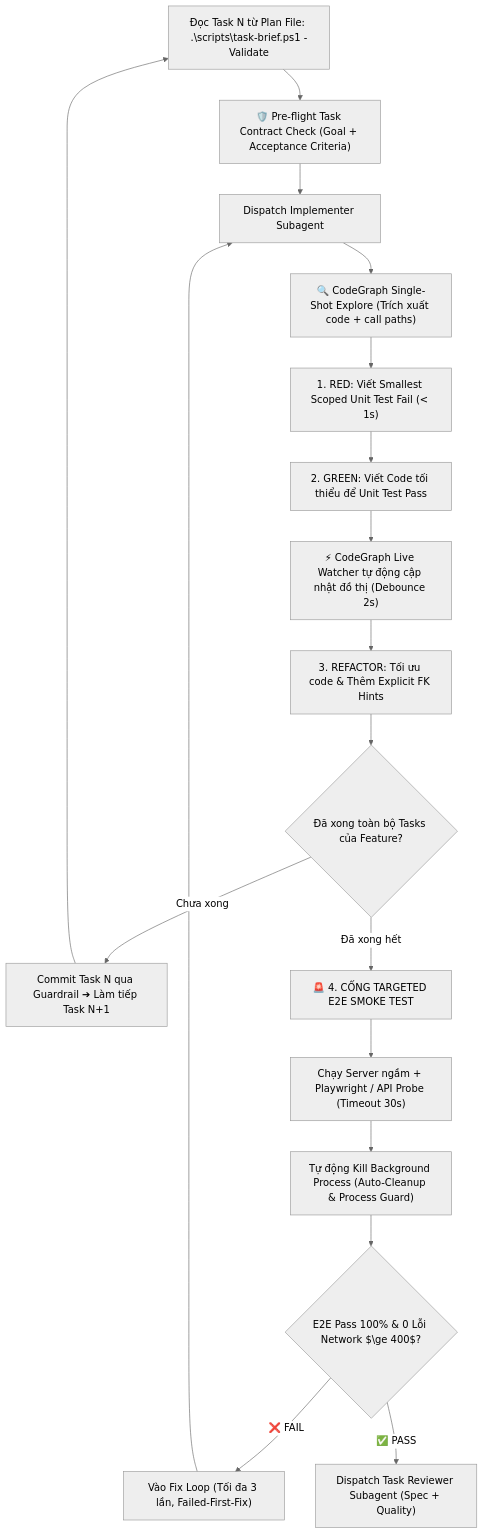
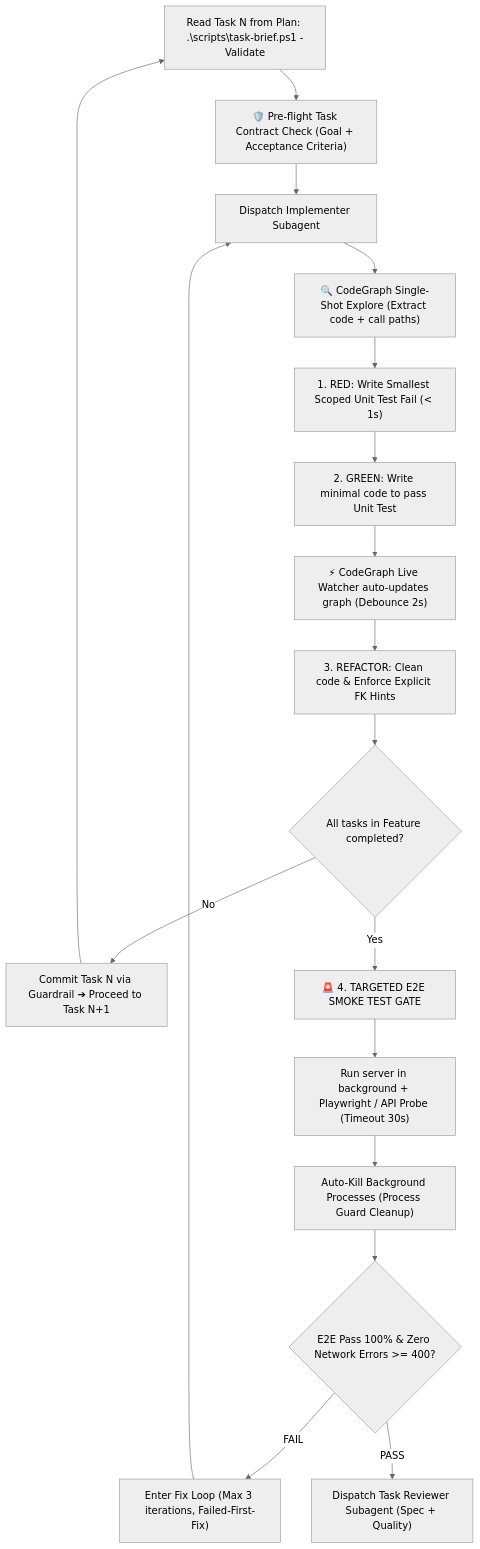
One commit to tranngoc-dev/Anti-Workflow-Ultimate changed the diagram in global_workflows/code.md. Above: the diagram before and after it, drawn with Mermaid (neutral theme). The commit also changed other lines of this file and 29 other files, not shown here.

````diff
--- a/global_workflows/code.md
+++ b/global_workflows/code.md
@@ -44,20 +39,20 @@
 ```mermaid
 flowchart TD
-    A["Đọc Task N từ Plan File: .\scripts\task-brief.ps1 -Validate"] --> B["🛡️ Pre-flight Task Contract Check (Goal + Acceptance Criteria)"]
+    A["Read Task N from Plan: .\scripts\task-brief.ps1 -Validate"] --> B["🛡️ Pre-flight Task Contract Check (Goal + Acceptance Criteria)"]
     B --> C["Dispatch Implementer Subagent"]
-    C --> C1["🔍 CodeGraph Single-Shot Explore (Trích xuất code + call paths)"]
-    C1 --> D["1. RED: Viết Smallest Scoped Unit Test Fail (< 1s)"]
-    D --> E["2. GREEN: Viết Code tối thiểu để Unit Test Pass"]
-    E --> E1["⚡ CodeGraph Live Watcher tự động cập nhật đồ thị (Debounce 2s)"]
-    E1 --> F["3. REFACTOR: Tối ưu code & Thêm Explicit FK Hints"]
-    F --> G{"Đã xong toàn bộ Tasks của Feature?"}
-    G -->|Chưa xong| H["Commit Task N qua Guardrail ➔ Làm tiếp Task N+1"]
+    C --> C1["🔍 CodeGraph Single-Shot Explore (Extract code + call paths)"]
+    C1 --> D["1. RED: Write Smallest Scoped Unit Test Fail (< 1s)"]
+    D --> E["2. GREEN: Write minimal code to pass Unit Test"]
+    E --> E1["⚡ CodeGraph Live Watcher auto-updates graph (Debounce 2s)"]
+    E1 --> F["3. REFACTOR: Clean code & Enforce Explicit FK Hints"]
+    F --> G{"All tasks in Feature completed?"}
+    G -->|No| H["Commit Task N via Guardrail ➔ Proceed to Task N+1"]
     H --> A
-    G -->|Đã xong hết| I["🚨 4. CỔNG TARGETED E2E SMOKE TEST"]
-    I --> J["Chạy Server ngầm + Playwright / API Probe (Timeout 30s)"]
-    J --> K["Tự động Kill Background Process (Auto-Cleanup & Process Guard)"]
-    K --> L{"E2E Pass 100% & 0 Lỗi Network $\ge 400$?"}
-    L -->|❌ FAIL| M["Vào Fix Loop (Tối đa 3 lần, Failed-First-Fix)"]
+    G -->|Yes| I["🚨 4. TARGETED E2E SMOKE TEST GATE"]
+    I --> J["Run server in background + Playwright / API Probe (Timeout 30s)"]
+    J --> K["Auto-Kill Background Processes (Process Guard Cleanup)"]
+    K --> L{"E2E Pass 100% & Zero Network Errors >= 400?"}
+    L -->|FAIL| M["Enter Fix Loop (Max 3 iterations, Failed-First-Fix)"]
     M --> C
-    L -->|✅ PASS| N["Dispatch Task Reviewer Subagent (Spec + Quality)"]
+    L -->|PASS| N["Dispatch Task Reviewer Subagent (Spec + Quality)"]
 ```
````
